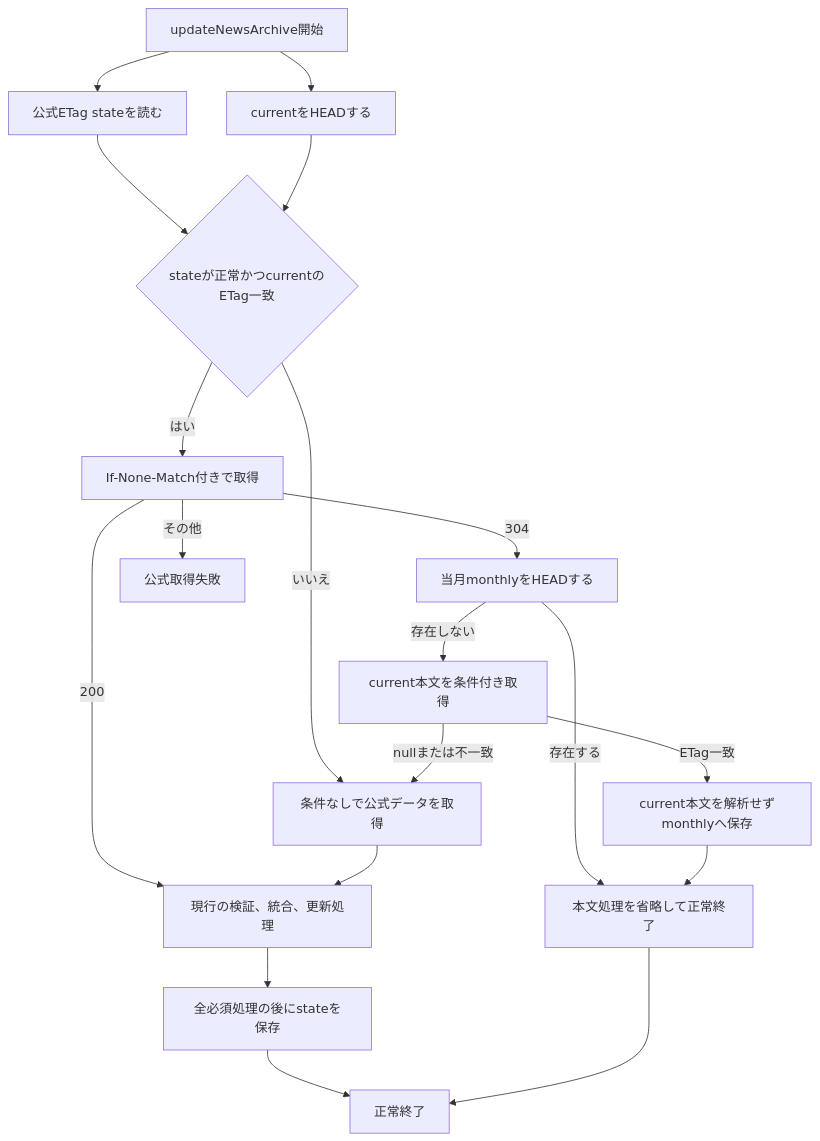
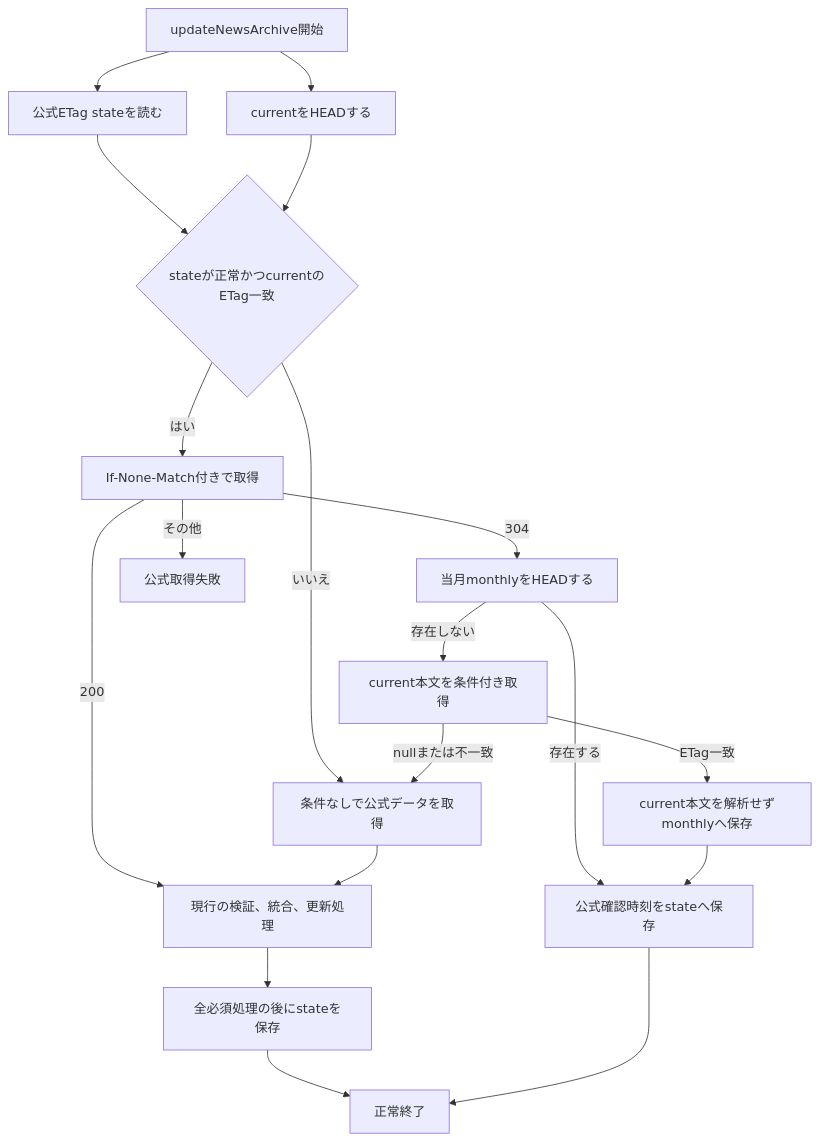
Before and after one commit to reamkf/kf3-notification-search: the diagram in docs/news-archive-etag-optimization.md, drawn with Mermaid. The commit also changed other lines of this file and 13 other files, not shown here.

````diff
--- a/docs/news-archive-etag-optimization.md
+++ b/docs/news-archive-etag-optimization.md
@@ -75,21 +77,21 @@
 ```mermaid
 flowchart TD
     Start[updateNewsArchive開始] --> State[公式ETag stateを読む]
     Start --> HeadCurrent[currentをHEADする]
     State --> Eligible{stateが正常かつcurrentのETag一致}
     HeadCurrent --> Eligible
     Eligible -->|いいえ| FullFetch[条件なしで公式データを取得]
     Eligible -->|はい| ConditionalFetch[If-None-Match付きで取得]
     ConditionalFetch -->|200| FullProcess[現行の検証、統合、更新処理]
     ConditionalFetch -->|304| CheckMonthly[当月monthlyをHEADする]
     ConditionalFetch -->|その他| Fail[公式取得失敗]
     FullFetch --> FullProcess
-    CheckMonthly -->|存在する| Skip[本文処理を省略して正常終了]
+    CheckMonthly -->|存在する| SaveCheckedAt[公式確認時刻をstateへ保存]
     CheckMonthly -->|存在しない| StreamCurrent[current本文を条件付き取得]
     StreamCurrent -->|ETag一致| Monthly[current本文を解析せずmonthlyへ保存]
     StreamCurrent -->|nullまたは不一致| FullFetch
-    Monthly --> Skip
+    Monthly --> SaveCheckedAt
     FullProcess --> SaveState[全必須処理の後にstateを保存]
     SaveState --> Done[正常終了]
-    Skip --> Done
+    SaveCheckedAt --> Done
 ```
````
